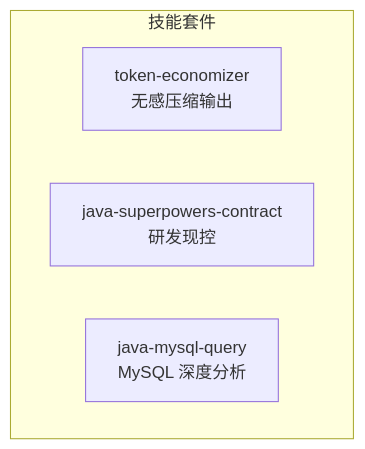
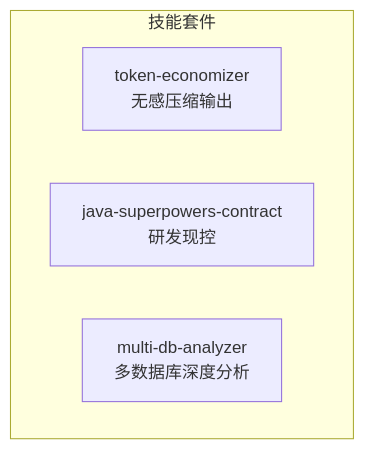
The second of 2 diagrams in README.md (chichengyu/java-developer-skill), drawn with Mermaid before and after one commit. The commit also changed other lines of this file and 111 other files, not shown here.

````diff
--- a/README.md
+++ b/README.md
@@ -162,8 +193,8 @@
 ```mermaid
 flowchart TB
     subgraph 技能套件
         TE["token-economizer<br/>无感压缩输出"]
         JSC["java-superpowers-contract<br/>研发现控"]
-        JMQ["java-mysql-query<br/>MySQL 深度分析"]
+        MDA["multi-db-analyzer<br/>多数据库深度分析"]
     end
 ```
````
